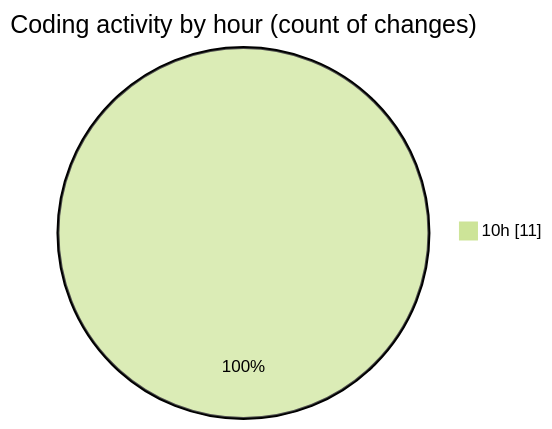
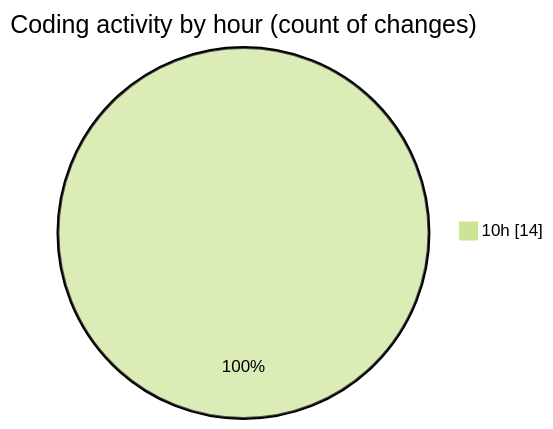
One commit to Elitesun/code-tracking changed the second of 2 diagrams in 2025-02-08/react_ecom/README.md. Above: the diagram before and after it, drawn with Mermaid (forest theme). The commit also changed other lines of this file and 1 other file, not shown here.

````diff
--- a/2025-02-08/react_ecom/README.md
+++ b/2025-02-08/react_ecom/README.md
@@ -30,5 +30,5 @@
 ```mermaid
 pie showData
 title Coding activity by hour (count of changes)
-"10h" : 11
+"10h" : 14
 ```
````
